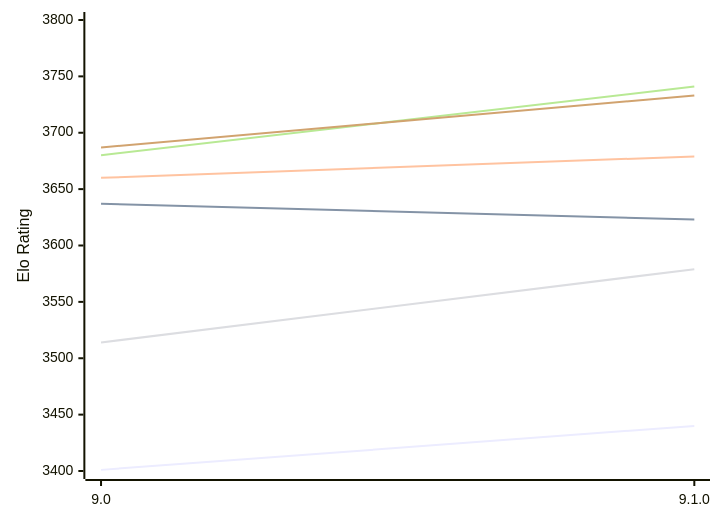
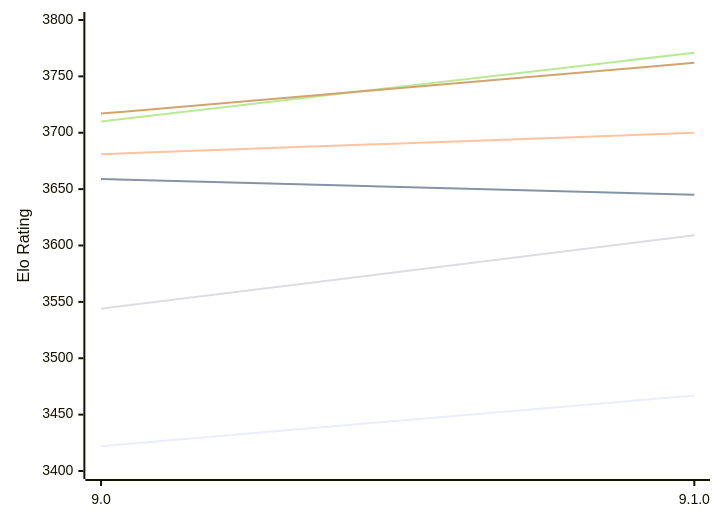
Before and after one commit to computer-chess-index/cci: the first of 2 diagrams in engines/Alexandria.md, drawn with Mermaid. The commit also changed other lines of this file, not shown here.

Commit message:
Update CCI Ratings (ELO VLTC) - 2026-10-20

````diff
--- a/engines/Alexandria.md
+++ b/engines/Alexandria.md
@@ -54,12 +54,12 @@
 ```mermaid
 %%{init: {"theme":"base","themeVariables":{"seriesColors:['#a3a3a3','#222221','#faa371']}}}%%
 xychart-beta
   x-axis ["9.0", "9.1.0"]
   y-axis "Elo Rating" 3400 --> 3800
-  line "E1: STC (8.0+0.08s)" [3401, 3440]
-  line "E1: LTC (60.0+0.60s)" [3637, 3623]
-  line "E1: VLTC (2m24s+1.12s)" [3660, 3679]
-  line "P1: STC (8.0+0.08s)" [3514, 3579]
-  line "P1: LTC (60.0+0.60s)" [3680, 3741]
-  line "P1: VLTC (2m24s+1.12s)" [3687, 3733]
+  line "E1: STC (8.0+0.08s)" [3422, 3467]
+  line "E1: LTC (60.0+0.60s)" [3659, 3645]
+  line "E1: VLTC (2m24s+1.12s)" [3681, 3700]
+  line "P1: STC (8.0+0.08s)" [3544, 3609]
+  line "P1: LTC (60.0+0.60s)" [3710, 3771]
+  line "P1: VLTC (2m24s+1.12s)" [3717, 3762]
 ```
````
